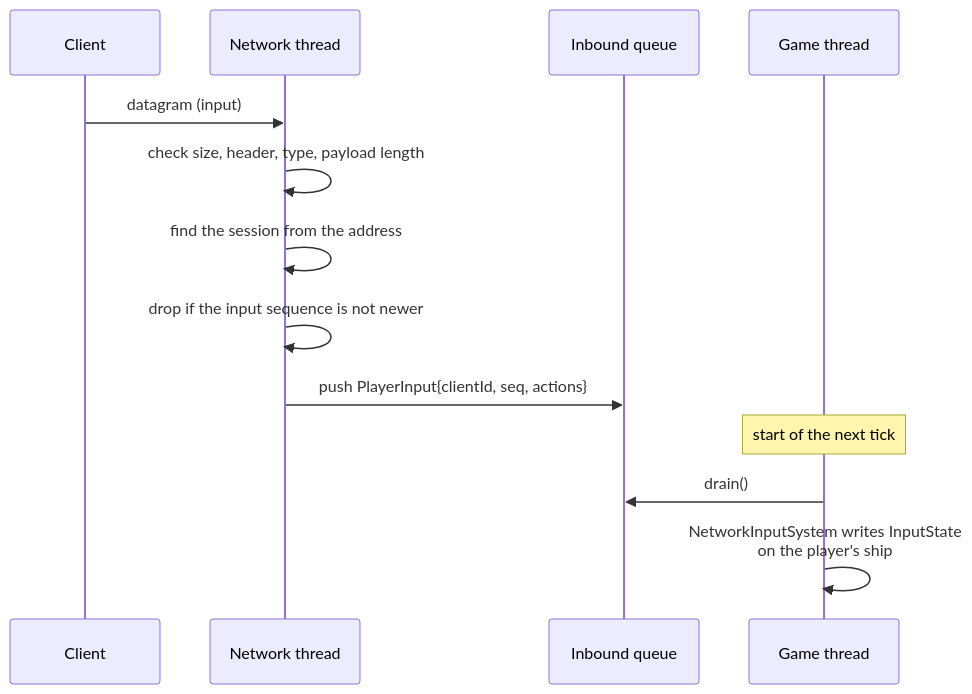
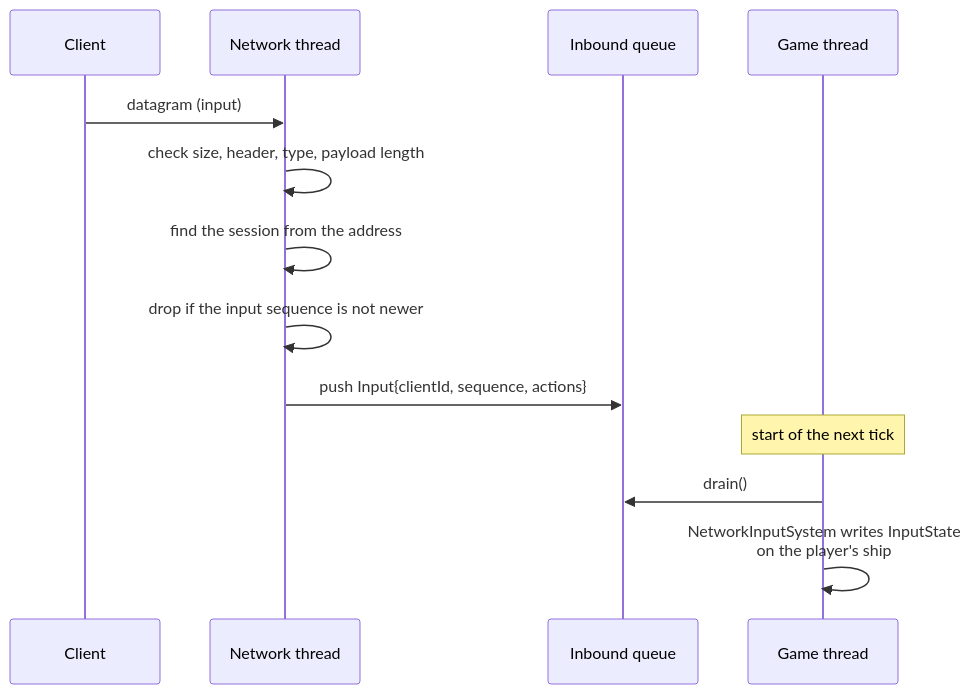
Before and after one commit to T3a1/RType-mirror: the fifth of 7 diagrams in docs/ARCHITECTURE.md, drawn with Mermaid. The commit also changed other lines of this file and 6 other files, not shown here.

````diff
--- a/docs/ARCHITECTURE.md
+++ b/docs/ARCHITECTURE.md
@@ -566,16 +565,16 @@
 ```mermaid
 sequenceDiagram
     participant C as Client
     participant N as Network thread
     participant Q as Inbound queue
     participant G as Game thread
 
     C->>N: datagram (input)
     N->>N: check size, header, type, payload length
     N->>N: find the session from the address
     N->>N: drop if the input sequence is not newer
-    N->>Q: push PlayerInput{clientId, seq, actions}
+    N->>Q: push Input{clientId, sequence, actions}
     Note over G: start of the next tick
     G->>Q: drain()
     G->>G: NetworkInputSystem writes InputState<br/>on the player's ship
 ```
````
